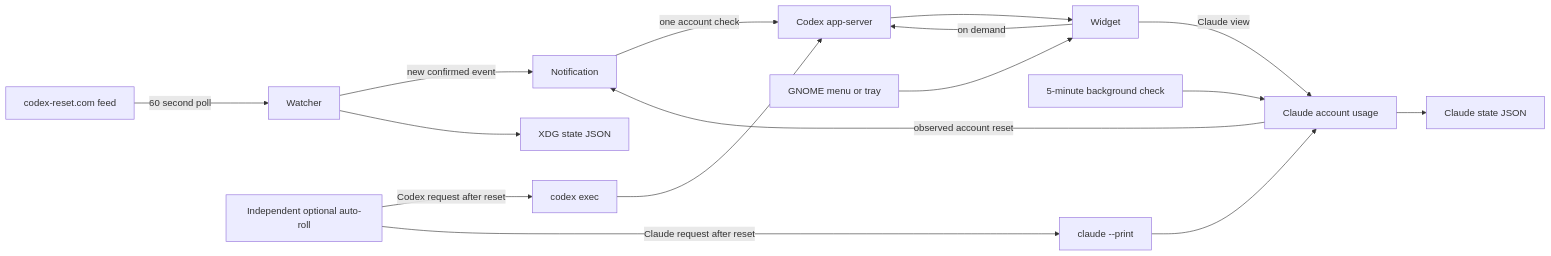
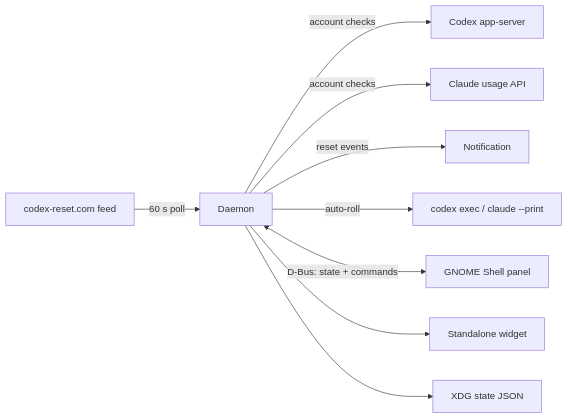
The diagram in README.md (1RV1NG-Y/codex-reset-widget), drawn with Mermaid before and after one commit. The commit also changed other lines of this file and 23 other files, not shown here.

First line of the commit message:
Embed usage in the GNOME top bar with a native panel

````diff
--- a/README.md
+++ b/README.md
@@ -197,18 +147,11 @@
 ```mermaid
 flowchart LR
-    Feed[codex-reset.com feed] -->|60 second poll| Watcher
-    Watcher -->|new confirmed event| Notification
-    Notification -->|one account check| AppServer[Codex app-server]
-    Launcher[GNOME menu or tray] --> Widget
-    Widget -->|on demand| AppServer
-    Widget -->|Claude view| ClaudeUsage[Claude account usage]
-    ClaudePoll[5-minute background check] --> ClaudeUsage
-    ClaudeUsage -->|observed account reset| Notification
-    ClaudeUsage --> ClaudeState[Claude state JSON]
-    AutoRoll[Independent optional auto-roll] -->|Codex request after reset| CodexExec[codex exec]
-    AutoRoll -->|Claude request after reset| ClaudeExec[claude --print]
-    CodexExec --> AppServer
-    ClaudeExec --> ClaudeUsage
-    Watcher --> State[XDG state JSON]
-    AppServer --> Widget
+    Feed[codex-reset.com feed] -->|60 s poll| Daemon
+    Daemon -->|account checks| AppServer[Codex app-server]
+    Daemon -->|account checks| ClaudeUsage[Claude usage API]
+    Daemon -->|reset events| Notification
+    Daemon -->|auto-roll| Exec[codex exec / claude --print]
+    Daemon <-->|D-Bus: state + commands| Panel[GNOME Shell panel]
+    Daemon --> Widget[Standalone widget]
+    Daemon --> State[XDG state JSON]
 ```
````
